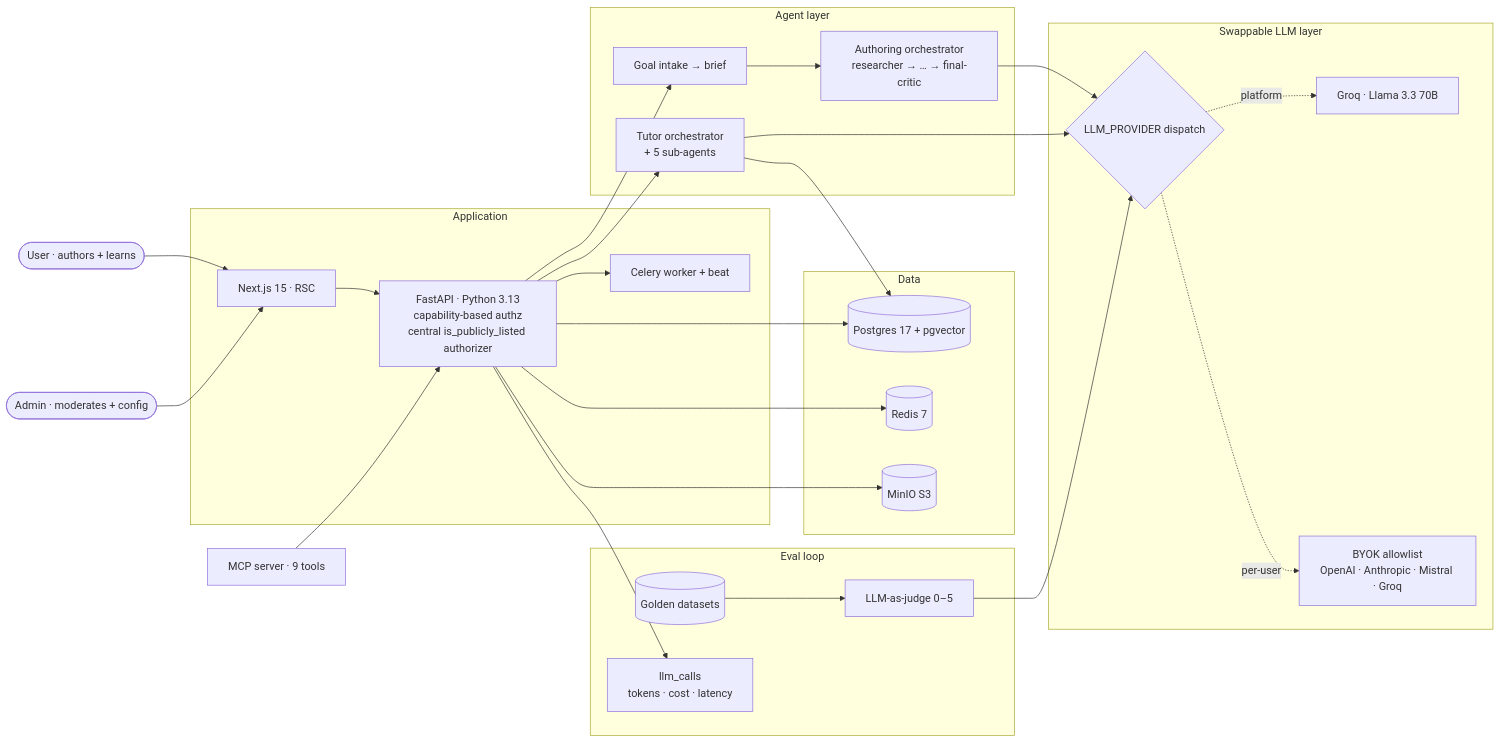
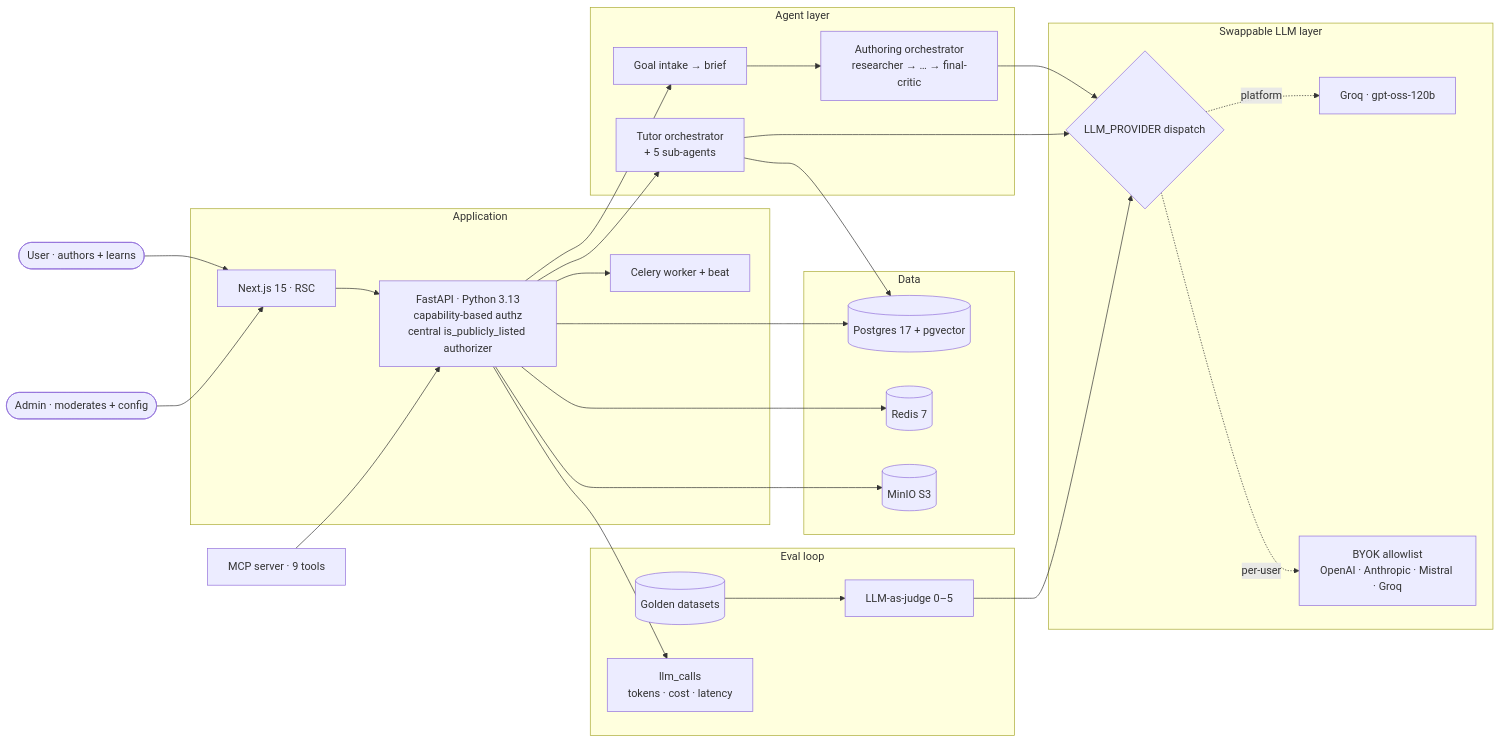
Before and after one commit to ahmedEid1/lumen: the diagram in README.md, drawn with Mermaid. The commit also changed other lines of this file and 31 other files, not shown here.

````diff
--- a/README.md
+++ b/README.md
@@ -124,47 +124,47 @@
 ```mermaid
 flowchart LR
     user([User · authors + learns])
     admin([Admin · moderates + config])
 
     subgraph App[Application]
       web[Next.js 15 · RSC]
       api[FastAPI · Python 3.13<br/>capability-based authz<br/>central is_publicly_listed authorizer]
       worker[Celery worker + beat]
     end
 
     subgraph Agents[Agent layer]
       define[Goal intake → brief]
       authoring[Authoring orchestrator<br/>researcher → … → final-critic]
       tutor[Tutor orchestrator<br/>+ 5 sub-agents]
     end
 
     subgraph Data[Data]
       pg[(Postgres 17 + pgvector)]
       redis[(Redis 7)]
       s3[(MinIO S3)]
     end
 
     subgraph LLM[Swappable LLM layer]
       provider{LLM_PROVIDER dispatch}
-      groq[Groq · Llama 3.3 70B]
+      groq[Groq · gpt-oss-120b]
       byok[BYOK allowlist<br/>OpenAI · Anthropic · Mistral · Groq]
     end
 
     subgraph Eval[Eval loop]
       golden[(Golden datasets)]
       judge[LLM-as-judge 0–5]
       meter[llm_calls<br/>tokens · cost · latency]
     end
 
     user --> web --> api --> pg
     admin --> web
     api --> redis & s3 & worker
     api --> define --> authoring
     api --> tutor --> pg
     mcp[MCP server · 9 tools] --> api
     authoring & tutor --> provider
     provider -.platform.-> groq
     provider -.per-user.-> byok
     api --> meter
     golden --> judge --> provider
 ```
````
